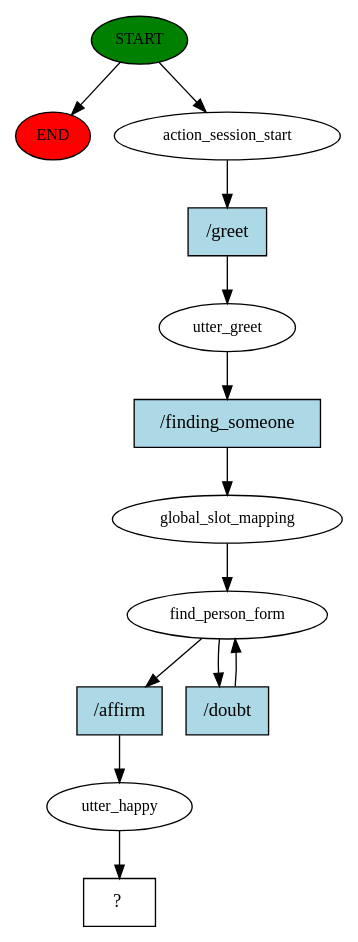
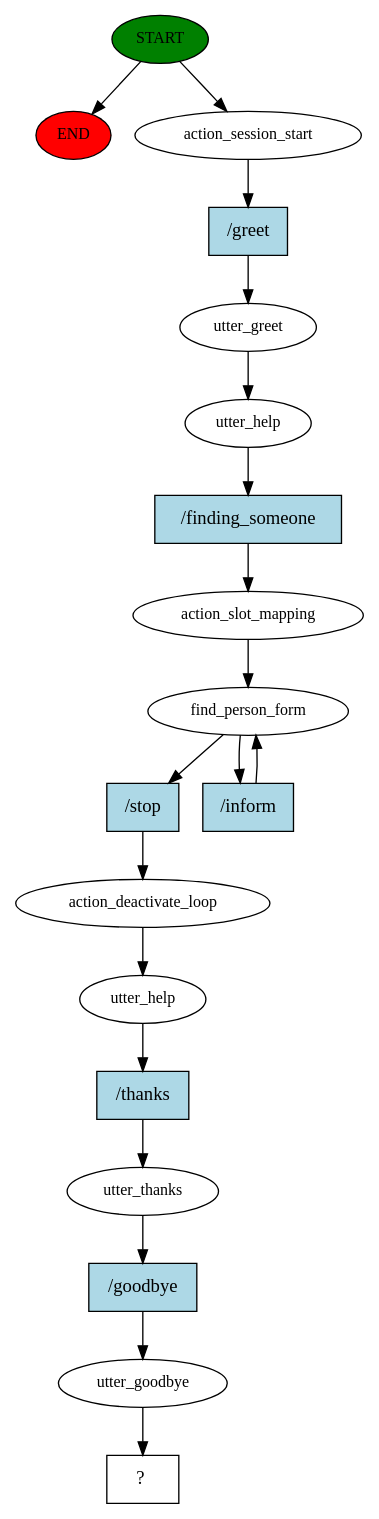
The diagram in story_graph.dot (Andyvince01/Roboco_Project), drawn with Graphviz before and after one commit. The commit also changed 30 other files, not shown here.

```diff
--- a/story_graph.dot
+++ b/story_graph.dot
@@ -1,26 +1,38 @@
 digraph  {
 0 [class="start active", fillcolor=green, fontsize=12, label=START, style=filled];
 "-1" [class=end, fillcolor=red, fontsize=12, label=END, style=filled];
 1 [class=active, fontsize=12, label=action_session_start];
 2 [class=active, fontsize=12, label=utter_greet];
-3 [class=active, fontsize=12, label=global_slot_mapping];
-4 [class=active, fontsize=12, label=find_person_form];
-6 [class=active, fontsize=12, label=utter_happy];
-7 [class="intent dashed active", label="  ?  ", shape=rect];
-8 [class="intent active", fillcolor=lightblue, label="/greet", shape=rect, style=filled];
-9 [class="intent active", fillcolor=lightblue, label="/finding_someone", shape=rect, style=filled];
-10 [class="intent active", fillcolor=lightblue, label="/affirm", shape=rect, style=filled];
-11 [class="intent active", fillcolor=lightblue, label="/doubt", shape=rect, style=filled];
+3 [class=active, fontsize=12, label=utter_help];
+4 [class=active, fontsize=12, label=action_slot_mapping];
+5 [class=active, fontsize=12, label=find_person_form];
+7 [class=active, fontsize=12, label=action_deactivate_loop];
+8 [class=active, fontsize=12, label=utter_help];
+9 [class=active, fontsize=12, label=utter_thanks];
+10 [class=active, fontsize=12, label=utter_goodbye];
+11 [class="intent dashed active", label="  ?  ", shape=rect];
+12 [class="intent active", fillcolor=lightblue, label="/greet", shape=rect, style=filled];
+13 [class="intent active", fillcolor=lightblue, label="/finding_someone", shape=rect, style=filled];
+14 [class="intent active", fillcolor=lightblue, label="/stop", shape=rect, style=filled];
+15 [class="intent active", fillcolor=lightblue, label="/inform", shape=rect, style=filled];
+16 [class="intent active", fillcolor=lightblue, label="/thanks", shape=rect, style=filled];
+17 [class="intent active", fillcolor=lightblue, label="/goodbye", shape=rect, style=filled];
 0 -> "-1"  [class="", key=NONE, label=""];
 0 -> 1  [class=active, key=NONE, label=""];
-1 -> 8  [class=active, key=0];
-2 -> 9  [class=active, key=0];
-3 -> 4  [class=active, key=NONE, label=""];
-4 -> 10  [class=active, key=0];
-4 -> 11  [class=active, key=0];
-6 -> 7  [class=active, key=NONE, label=""];
-8 -> 2  [class=active, key=0];
-9 -> 3  [class=active, key=0];
-10 -> 6  [class=active, key=0];
-11 -> 4  [class=active, key=0];
+1 -> 12  [class=active, key=0];
+2 -> 3  [class=active, key=NONE, label=""];
+3 -> 13  [class=active, key=0];
+4 -> 5  [class=active, key=NONE, label=""];
+5 -> 14  [class=active, key=0];
+5 -> 15  [class=active, key=0];
+7 -> 8  [class=active, key=NONE, label=""];
+8 -> 16  [class=active, key=0];
+9 -> 17  [class=active, key=0];
+10 -> 11  [class=active, key=NONE, label=""];
+12 -> 2  [class=active, key=0];
+13 -> 4  [class=active, key=0];
+14 -> 7  [class=active, key=0];
+15 -> 5  [class=active, key=0];
+16 -> 9  [class=active, key=0];
+17 -> 10  [class=active, key=0];
 }
```
